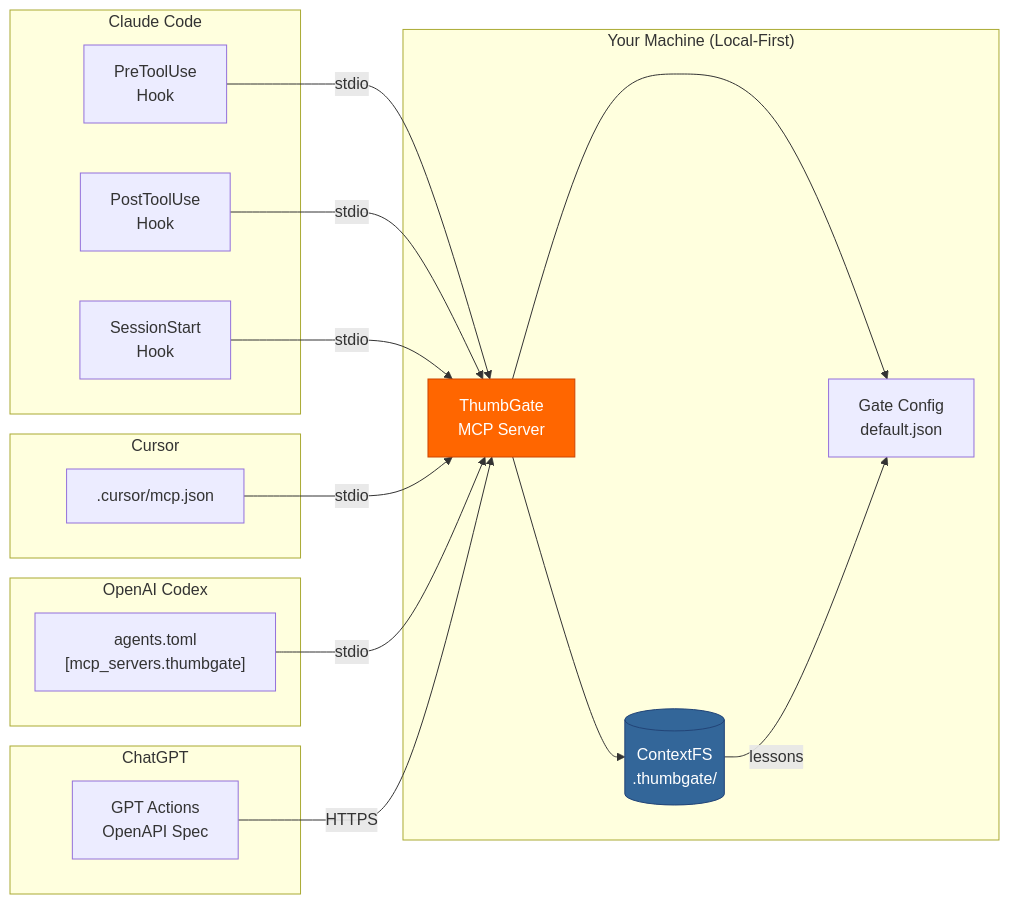
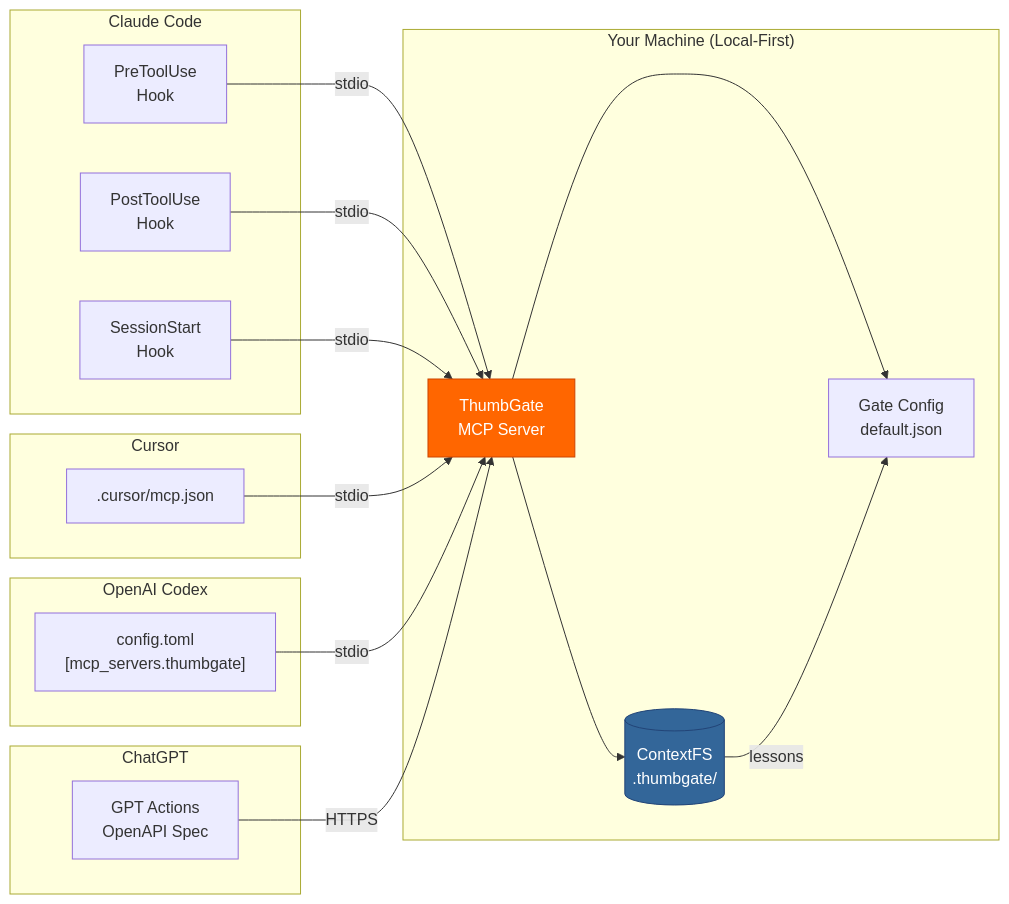
One commit to IgorGanapolsky/ThumbGate changed the diagram in docs/diagrams/agent_integration.mmd. Above: the diagram before and after it, drawn with Mermaid. The commit also changed 10 other files, not shown here.

Commit message:
docs(architecture): explain operational proof

```diff
--- a/docs/diagrams/agent_integration.mmd
+++ b/docs/diagrams/agent_integration.mmd
@@ -1,36 +1,36 @@
 graph LR
     subgraph "Your Machine (Local-First)"
         TG["ThumbGate\nMCP Server"]
         DB[("ContextFS\n.thumbgate/")]
         GC["Gate Config\ndefault.json"]
     end
 
     subgraph "Claude Code"
         CC_PRE["PreToolUse\nHook"]
         CC_POST["PostToolUse\nHook"]
         CC_START["SessionStart\nHook"]
     end
 
     subgraph "Cursor"
         CUR_MCP[".cursor/mcp.json"]
     end
 
     subgraph "OpenAI Codex"
-        CDX_TOML["agents.toml\n[mcp_servers.thumbgate]"]
+        CDX_TOML["config.toml\n[mcp_servers.thumbgate]"]
     end
 
     subgraph "ChatGPT"
         GPT_ACT["GPT Actions\nOpenAPI Spec"]
     end
 
     CC_PRE & CC_POST & CC_START -->|"stdio"| TG
     CUR_MCP -->|"stdio"| TG
     CDX_TOML -->|"stdio"| TG
     GPT_ACT -->|"HTTPS"| TG
 
     TG --> DB
     TG --> GC
     DB -->|"lessons"| GC
 
     style TG fill:#ff6600,stroke:#cc4400,color:#fff
     style DB fill:#336699,stroke:#224477,color:#fff
```
